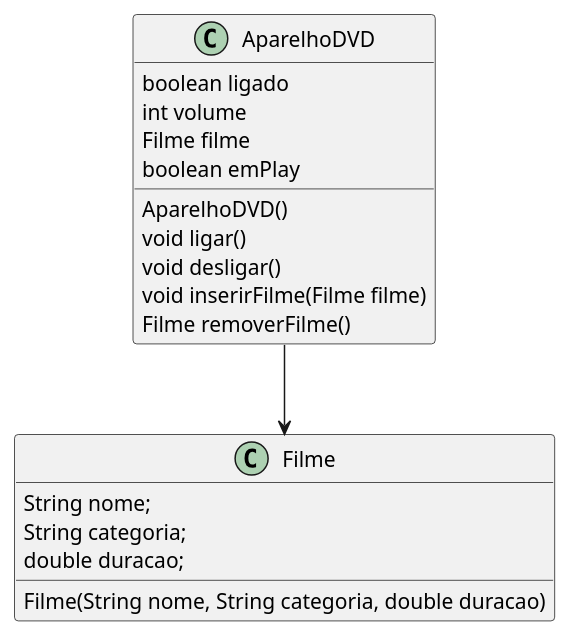
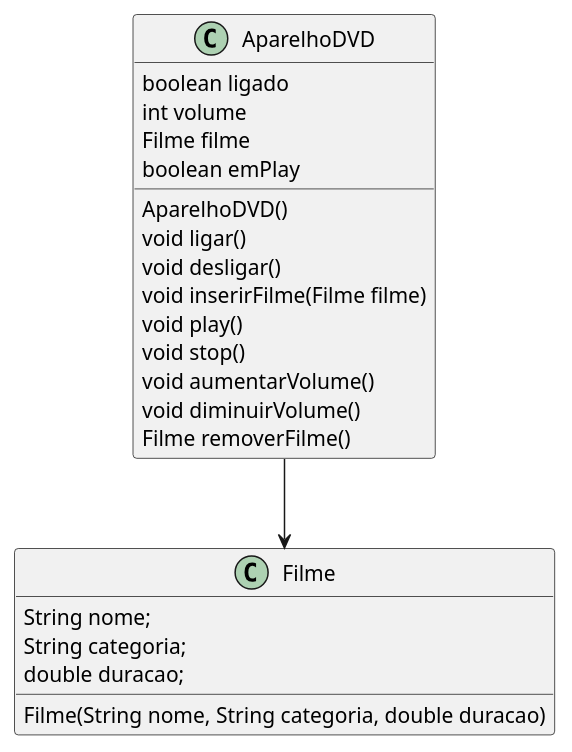
One commit to 2025-ifba-saj-inf-poo/blog changed the diagram in src/posts/exercicios/05_exercicio_modelagem_dvd.md. Above: the diagram before and after it, drawn with PlantUML. The commit also changed other lines of this file and 5 other files, not shown here.

````diff
--- a/src/posts/exercicios/05_exercicio_modelagem_dvd.md
+++ b/src/posts/exercicios/05_exercicio_modelagem_dvd.md
@@ -39,23 +37,27 @@
   ```plantuml {kroki}
   @startuml
   class AparelhoDVD{
       boolean ligado
       int volume
       Filme filme
       boolean emPlay
       AparelhoDVD()
       void ligar()
       void desligar()
       void inserirFilme(Filme filme)
+      void play()
+      void stop()
+      void aumentarVolume()
+      void diminuirVolume()
       Filme removerFilme()
   }
   class Filme{
     String nome;
     String categoria;
     double duracao;
     Filme(String nome, String categoria, double duracao)
   }
   AparelhoDVD --> Filme
   @enduml
 
   ```
````
